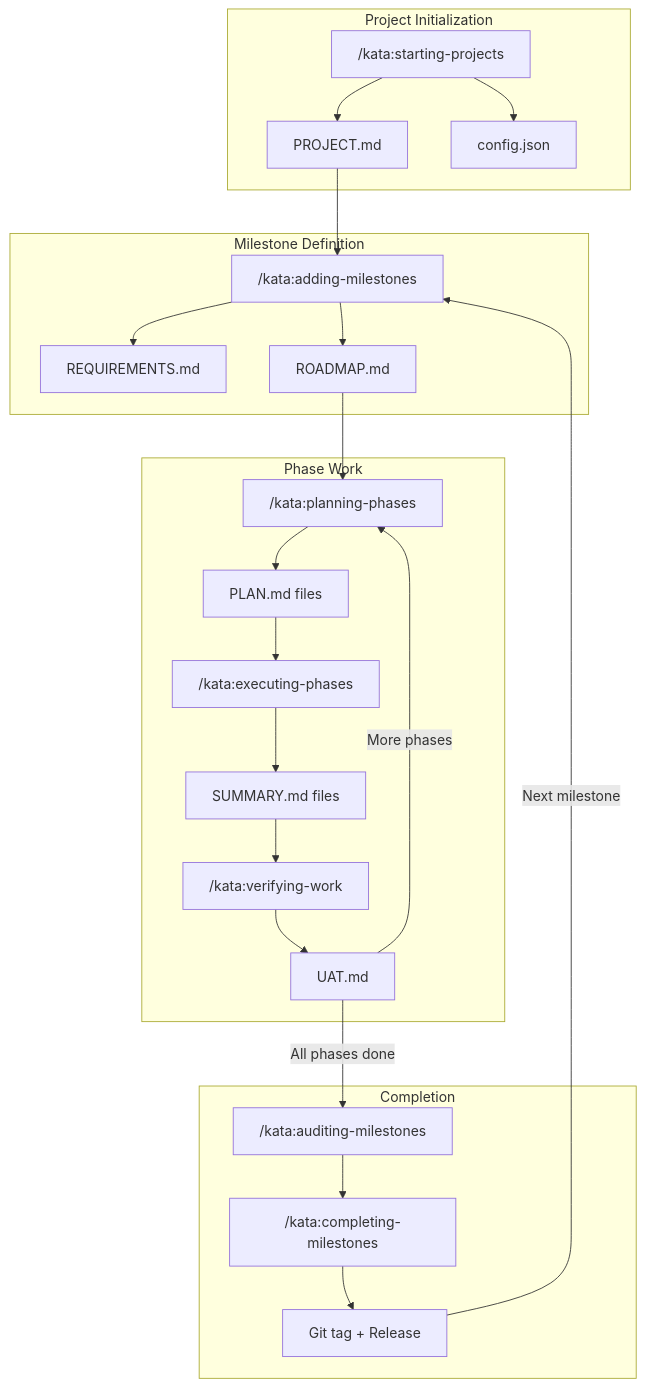
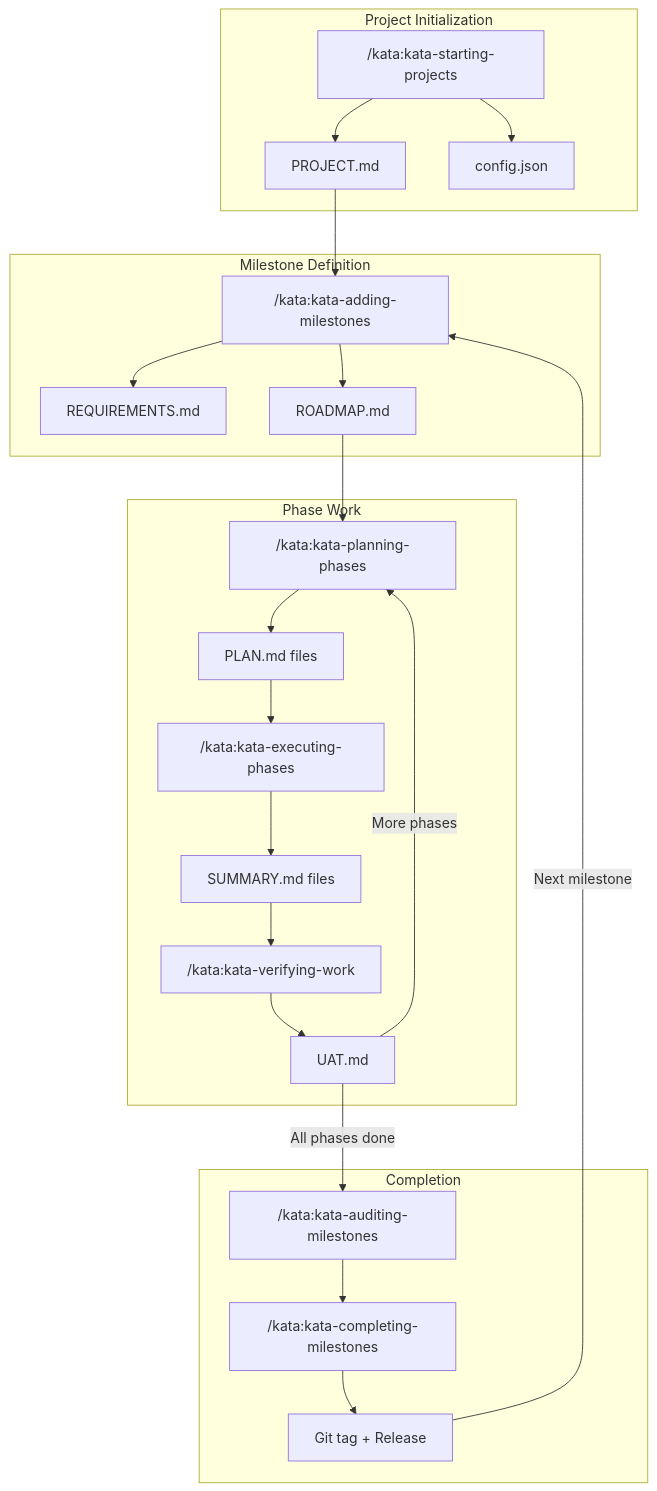
The second of 6 diagrams in .docs/USER-JOURNEYS.md (gannonh/kata), drawn with Mermaid before and after one commit. The commit also changed other lines of this file and 132 other files, not shown here.

````diff
--- a/.docs/USER-JOURNEYS.md
+++ b/.docs/USER-JOURNEYS.md
@@ -88,46 +88,46 @@
 ```mermaid
 flowchart TD
     subgraph Init["Project Initialization"]
-        NP["/kata:starting-projects"]
+        NP["/kata:kata-starting-projects"]
         PROJ["PROJECT.md"]
         CFG["config.json"]
     end
 
     subgraph Milestone["Milestone Definition"]
-        AMI["/kata:adding-milestones"]
+        AMI["/kata:kata-adding-milestones"]
         REQ["REQUIREMENTS.md"]
         ROAD["ROADMAP.md"]
     end
 
     subgraph Phase["Phase Work"]
-        PLN["/kata:planning-phases"]
+        PLN["/kata:kata-planning-phases"]
         PLAN["PLAN.md files"]
-        EXE["/kata:executing-phases"]
+        EXE["/kata:kata-executing-phases"]
         SUM["SUMMARY.md files"]
-        VER["/kata:verifying-work"]
+        VER["/kata:kata-verifying-work"]
         UAT["UAT.md"]
     end
 
     subgraph Complete["Completion"]
-        AUD["/kata:auditing-milestones"]
-        CMP["/kata:completing-milestones"]
+        AUD["/kata:kata-auditing-milestones"]
+        CMP["/kata:kata-completing-milestones"]
         TAG["Git tag + Release"]
     end
 
     NP --> PROJ
     NP --> CFG
     PROJ --> AMI
     AMI --> REQ
     AMI --> ROAD
     ROAD --> PLN
     PLN --> PLAN
     PLAN --> EXE
     EXE --> SUM
     SUM --> VER
     VER --> UAT
     UAT -->|"All phases done"| AUD
     UAT -->|"More phases"| PLN
     AUD --> CMP
     CMP --> TAG
     TAG -->|"Next milestone"| AMI
 ```
````
